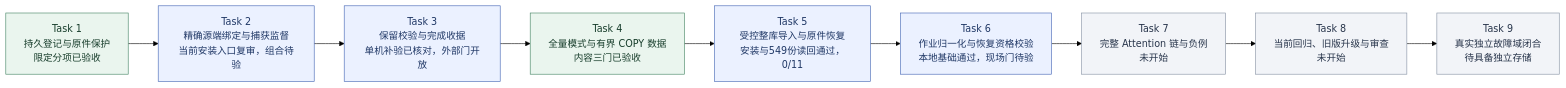
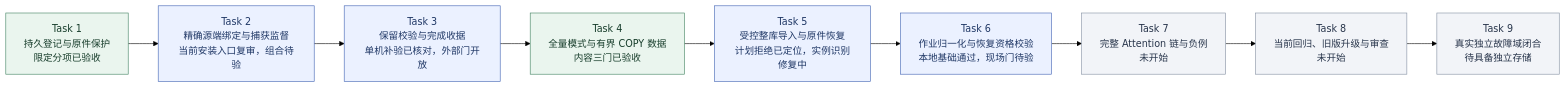
One commit to MansurnamedZhang/learning-system-p0c4 changed the second of 9 diagrams in docs/KnowWeave实施路线与系统架构.md. Above: the diagram before and after it, drawn with Mermaid (forest theme). The commit also changed other lines of this file and 4 other files, not shown here.

````diff
--- a/docs/KnowWeave实施路线与系统架构.md
+++ b/docs/KnowWeave实施路线与系统架构.md
@@ -72,26 +72,26 @@
 ```mermaid
 flowchart LR
     C4T1["Task 1<br/>持久登记与原件保护<br/>限定分项已验收"]
     C4T2["Task 2<br/>精确源端绑定与捕获监督<br/>当前安装入口复审，组合待验"]
     C4T3["Task 3<br/>保留校验与完成收据<br/>单机补验已核对，外部门开放"]
     C4T4["Task 4<br/>全量模式与有界 COPY 数据<br/>内容三门已验收"]
-    C4T5["Task 5<br/>受控整库导入与原件恢复<br/>安装与549份读回通过，0/11"]
+    C4T5["Task 5<br/>受控整库导入与原件恢复<br/>计划拒绝已定位，实例识别修复中"]
     C4T6["Task 6<br/>作业归一化与恢复资格校验<br/>本地基础通过，现场门待验"]
     C4T7["Task 7<br/>完整 Attention 链与负例<br/>未开始"]
     C4T8["Task 8<br/>当前回归、旧版升级与审查<br/>未开始"]
     C4T9["Task 9<br/>真实独立故障域闭合<br/>待具备独立存储"]
     C4T1 --> C4T2
     C4T2 --> C4T3
     C4T3 --> C4T4
     C4T4 --> C4T5
     C4T5 --> C4T6
     C4T6 --> C4T7
     C4T7 --> C4T8
     C4T8 --> C4T9
     class C4T1,C4T4 done
     class C4T2,C4T3,C4T5,C4T6 next
     class C4T7,C4T8,C4T9 planned
     classDef done fill:#eaf5ee,stroke:#438363,color:#173d2b
     classDef next fill:#ebf1ff,stroke:#4365b4,color:#203866
     classDef planned fill:#f2f4f8,stroke:#8591a3,color:#28354b
 ```
````
